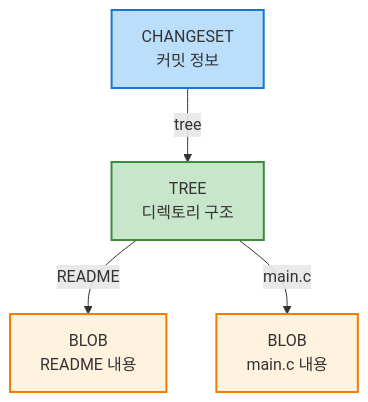
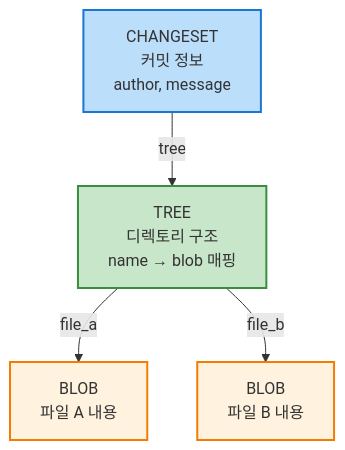
One commit to hiddenpunch/hiddenpunch.github.io changed the third of 3 diagrams in content/posts/git-origins-first-commit.md. Above: the diagram before and after it, drawn with Mermaid. The commit also changed other lines of this file, not shown here.

```diff
--- a/content/posts/git-origins-first-commit.md
+++ b/content/posts/git-origins-first-commit.md
@@ -239,16 +264,16 @@
 <pre class="mermaid">
 flowchart TB
-    C[CHANGESET<br/>커밋 정보]
-    T[TREE<br/>디렉토리 구조]
-    B1[BLOB<br/>README 내용]
-    B2[BLOB<br/>main.c 내용]
+    C[CHANGESET<br/>커밋 정보<br/>author, message]
+    T[TREE<br/>디렉토리 구조<br/>name → blob 매핑]
+    B1[BLOB<br/>파일 A 내용]
+    B2[BLOB<br/>파일 B 내용]
     
     C -->|tree| T
-    T -->|README| B1
-    T -->|main.c| B2
+    T -->|file_a| B1
+    T -->|file_b| B2
     
     style C fill:#bbdefb,stroke:#1976d2,stroke-width:2px
     style T fill:#c8e6c9,stroke:#388e3c,stroke-width:2px
     style B1 fill:#fff3e0,stroke:#f57c00,stroke-width:2px
     style B2 fill:#fff3e0,stroke:#f57c00,stroke-width:2px
 </pre>
```
